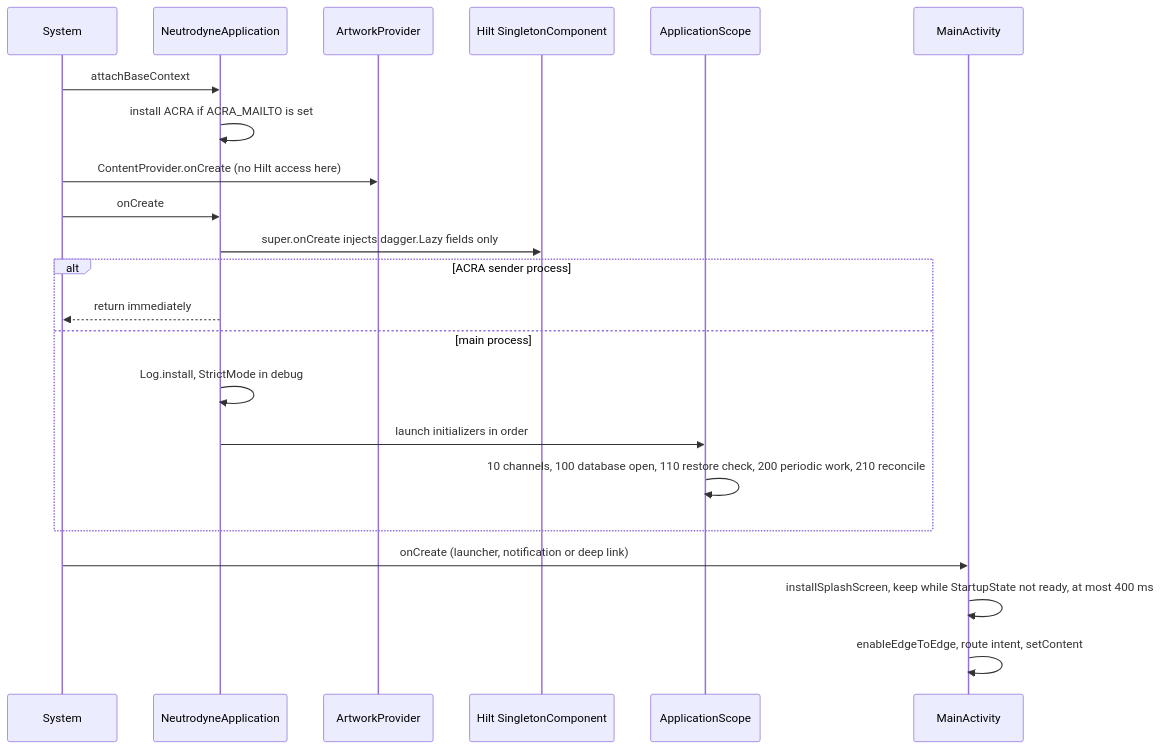
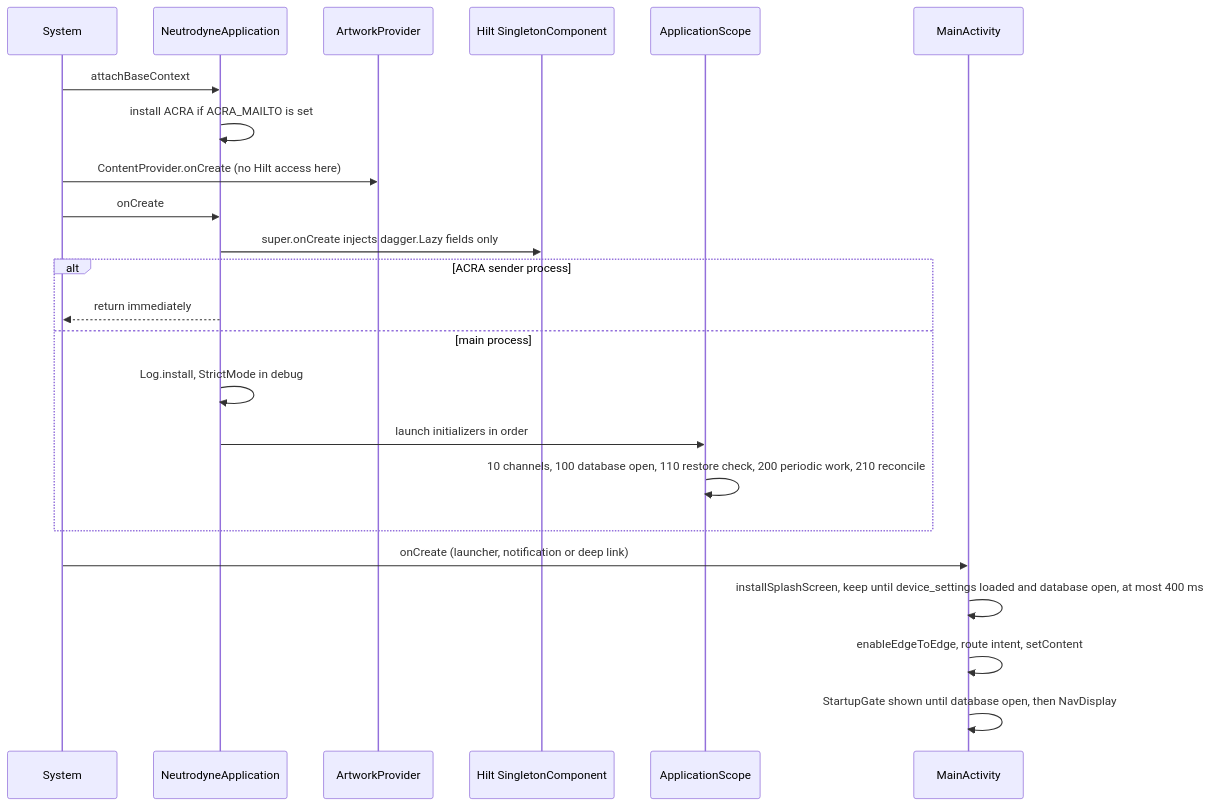
Before and after one commit to BigBoyDevBox/Neutrodyne: the second of 3 diagrams in docs/design/01-foundation.md, drawn with Mermaid. The commit also changed other lines of this file and 2 other files, not shown here.

````diff
--- a/docs/design/01-foundation.md
+++ b/docs/design/01-foundation.md
@@ -747,24 +748,25 @@
 ```mermaid
 sequenceDiagram
   participant Z as System
   participant A as NeutrodyneApplication
   participant P as ArtworkProvider
   participant H as Hilt SingletonComponent
   participant S as ApplicationScope
   participant M as MainActivity
   Z->>A: attachBaseContext
   A->>A: install ACRA if ACRA_MAILTO is set
   Z->>P: ContentProvider.onCreate (no Hilt access here)
   Z->>A: onCreate
   A->>H: super.onCreate injects dagger.Lazy fields only
   alt ACRA sender process
     A-->>Z: return immediately
   else main process
     A->>A: Log.install, StrictMode in debug
     A->>S: launch initializers in order
     S->>S: 10 channels, 100 database open, 110 restore check, 200 periodic work, 210 reconcile
   end
   Z->>M: onCreate (launcher, notification or deep link)
-  M->>M: installSplashScreen, keep while StartupState not ready, at most 400 ms
+  M->>M: installSplashScreen, keep until device_settings loaded and database open, at most 400 ms
   M->>M: enableEdgeToEdge, route intent, setContent
+  M->>M: StartupGate shown until database open, then NavDisplay
 ```
````
